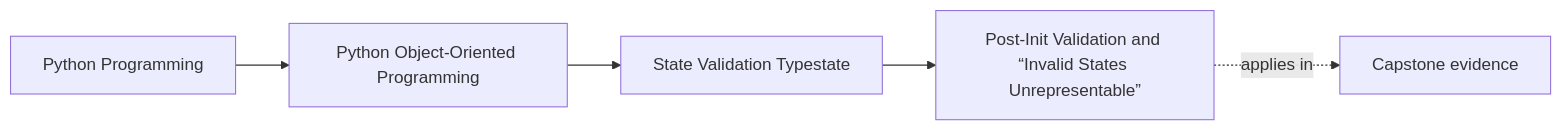
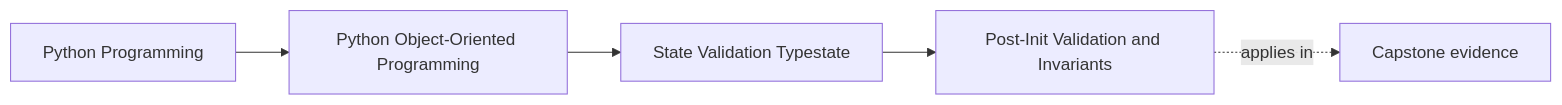
One commit to bijux/bijux-masterclass changed the first of 2 diagrams in programs/python-programming/python-object-oriented-programming/course-book/module-03-state-validation-typestate/post-init-validation-and-invariants.md. Above: the diagram before and after it, drawn with Mermaid. The commit also changed other lines of this file, not shown here.

Commit message:
docs(oop): make invariants a construction-time promise

````diff
--- a/programs/python-programming/python-object-oriented-programming/course-book/module-03-state-validation-typestate/post-init-validation-and-invariants.md
+++ b/programs/python-programming/python-object-oriented-programming/course-book/module-03-state-validation-typestate/post-init-validation-and-invariants.md
@@ -7,11 +6,11 @@
 ```mermaid
 graph LR
   family["Python Programming"]
   program["Python Object-Oriented Programming"]
   section["State Validation Typestate"]
-  page["Post-Init Validation and “Invalid States Unrepresentable”"]
+  page["Post-Init Validation and Invariants"]
   capstone["Capstone evidence"]
 
   family --> program --> section --> page
   page -.applies in.-> capstone
 ```
````
